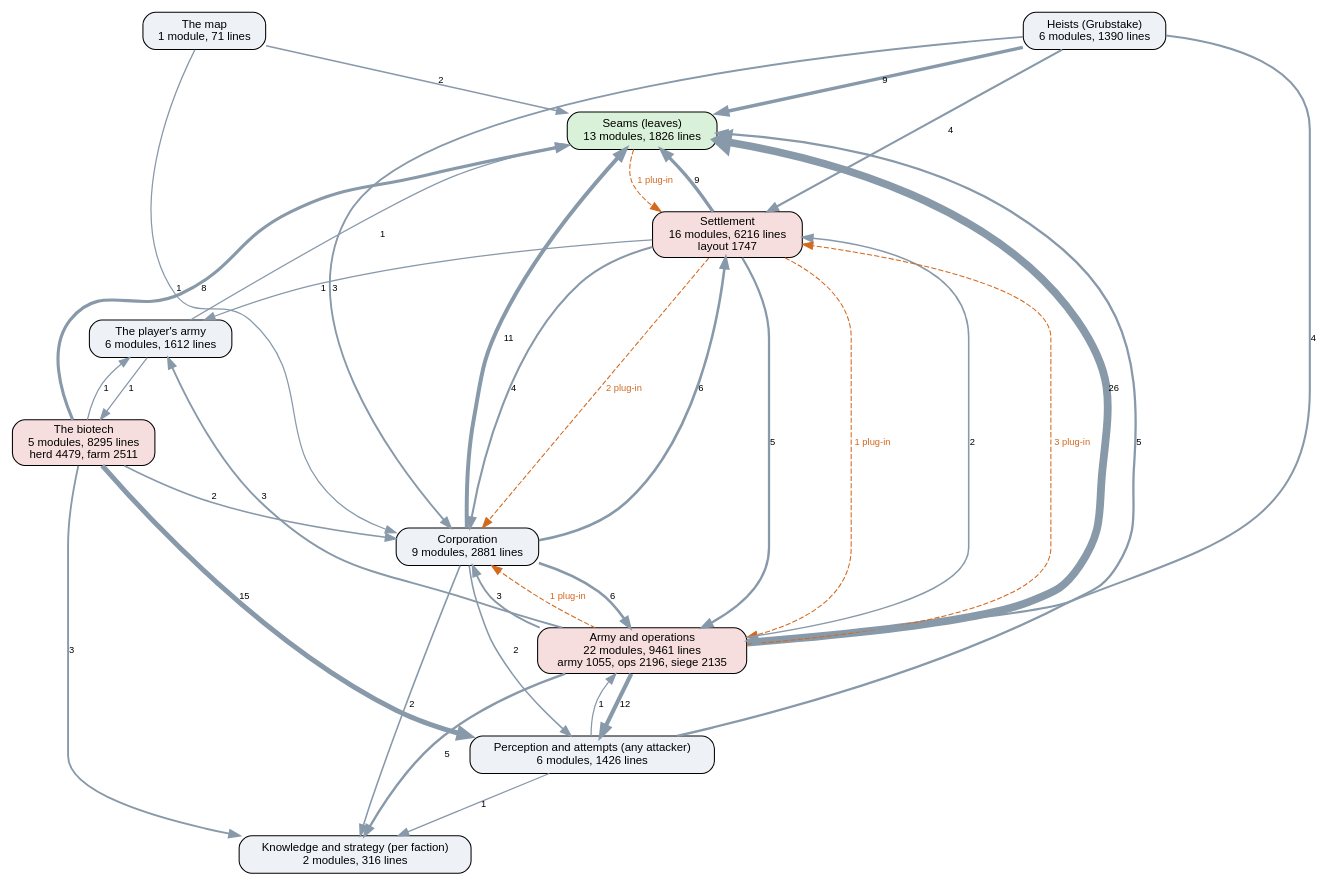
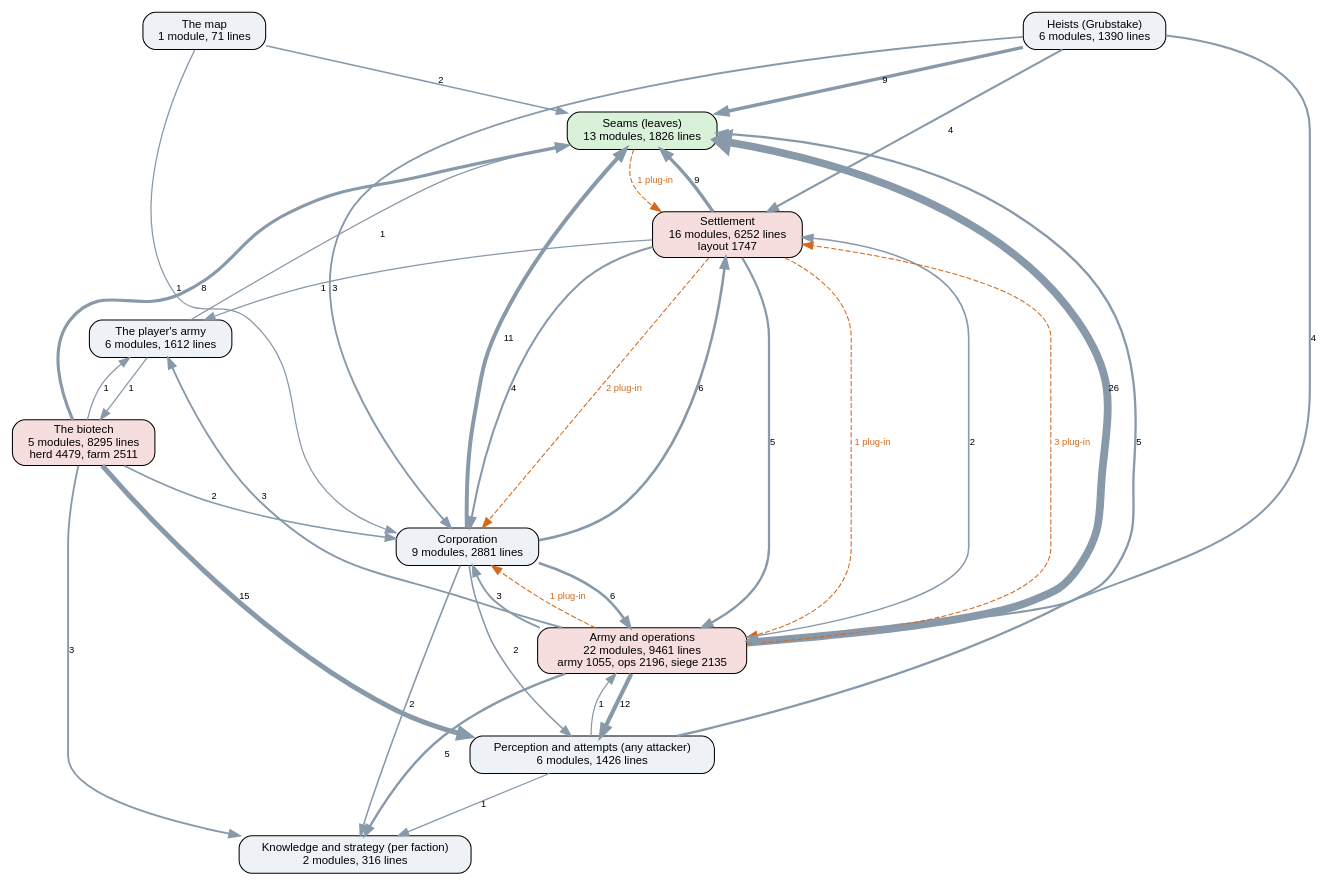
Before and after one commit to kinelhu/landing-party: the diagram in docs/ai-layers.dot, drawn with Graphviz. The commit also changed 12 other files, not shown here.

```diff
--- a/docs/ai-layers.dot
+++ b/docs/ai-layers.dot
@@ -1,51 +1,51 @@
 digraph layers {
   graph [rankdir=TB, fontname="Helvetica", nodesep=0.5, ranksep=0.7];
   node [shape=box, style="rounded,filled", fontname="Helvetica", fontsize=11, fillcolor="#eef2f7"];
   edge [color="#8899aa", fontname="Helvetica", fontsize=9];
   "Seams (leaves)" [label="Seams (leaves)\n13 modules, 1826 lines", fillcolor="#d9f0d9"];
   "Perception and attempts (any attacker)" [label="Perception and attempts (any attacker)\n6 modules, 1426 lines", fillcolor="#eef2f7"];
   "Knowledge and strategy (per faction)" [label="Knowledge and strategy (per faction)\n2 modules, 316 lines", fillcolor="#eef2f7"];
   "Corporation" [label="Corporation\n9 modules, 2881 lines", fillcolor="#eef2f7"];
-  "Settlement" [label="Settlement\n16 modules, 6216 lines\nlayout 1747", fillcolor="#f7dede"];
+  "Settlement" [label="Settlement\n16 modules, 6252 lines\nlayout 1747", fillcolor="#f7dede"];
   "Army and operations" [label="Army and operations\n22 modules, 9461 lines\narmy 1055, ops 2196, siege 2135", fillcolor="#f7dede"];
   "Heists (Grubstake)" [label="Heists (Grubstake)\n6 modules, 1390 lines", fillcolor="#eef2f7"];
   "The biotech" [label="The biotech\n5 modules, 8295 lines\nherd 4479, farm 2511", fillcolor="#f7dede"];
   "The map" [label="The map\n1 module, 71 lines", fillcolor="#eef2f7"];
   "The player's army" [label="The player's army\n6 modules, 1612 lines", fillcolor="#eef2f7"];
   "Army and operations" -> "Corporation" [label="3", penwidth=1.8];
   "Army and operations" -> "Knowledge and strategy (per faction)" [label="5", penwidth=2.2];
   "Army and operations" -> "Perception and attempts (any attacker)" [label="12", penwidth=4.0];
   "Army and operations" -> "Seams (leaves)" [label="26", penwidth=7.5];
   "Army and operations" -> "Settlement" [label="2", penwidth=1.5];
   "Army and operations" -> "The player's army" [label="3", penwidth=1.8];
   "Corporation" -> "Army and operations" [label="6", penwidth=2.5];
   "Corporation" -> "Knowledge and strategy (per faction)" [label="2", penwidth=1.5];
   "Corporation" -> "Perception and attempts (any attacker)" [label="2", penwidth=1.5];
   "Corporation" -> "Seams (leaves)" [label="11", penwidth=3.8];
   "Corporation" -> "Settlement" [label="6", penwidth=2.5];
   "Heists (Grubstake)" -> "Army and operations" [label="4", penwidth=2.0];
   "Heists (Grubstake)" -> "Corporation" [label="3", penwidth=1.8];
   "Heists (Grubstake)" -> "Seams (leaves)" [label="9", penwidth=3.2];
   "Heists (Grubstake)" -> "Settlement" [label="4", penwidth=2.0];
   "Perception and attempts (any attacker)" -> "Army and operations" [label="1", penwidth=1.2];
   "Perception and attempts (any attacker)" -> "Knowledge and strategy (per faction)" [label="1", penwidth=1.2];
   "Perception and attempts (any attacker)" -> "Seams (leaves)" [label="5", penwidth=2.2];
   "Settlement" -> "Army and operations" [label="5", penwidth=2.2];
   "Settlement" -> "Corporation" [label="4", penwidth=2.0];
   "Settlement" -> "Seams (leaves)" [label="9", penwidth=3.2];
   "Settlement" -> "The player's army" [label="1", penwidth=1.2];
   "The biotech" -> "Corporation" [label="2", penwidth=1.5];
   "The biotech" -> "Knowledge and strategy (per faction)" [label="3", penwidth=1.8];
   "The biotech" -> "Perception and attempts (any attacker)" [label="15", penwidth=4.8];
   "The biotech" -> "Seams (leaves)" [label="8", penwidth=3.0];
   "The biotech" -> "The player's army" [label="1", penwidth=1.2];
   "The map" -> "Corporation" [label="1", penwidth=1.2];
   "The map" -> "Seams (leaves)" [label="2", penwidth=1.5];
   "The player's army" -> "Seams (leaves)" [label="1", penwidth=1.2];
   "The player's army" -> "The biotech" [label="1", penwidth=1.2];
   "Army and operations" -> "Corporation" [style=dashed, color="#d2691e", fontcolor="#d2691e", label="1 plug-in"];
   "Army and operations" -> "Settlement" [style=dashed, color="#d2691e", fontcolor="#d2691e", label="3 plug-in"];
   "Seams (leaves)" -> "Settlement" [style=dashed, color="#d2691e", fontcolor="#d2691e", label="1 plug-in"];
   "Settlement" -> "Army and operations" [style=dashed, color="#d2691e", fontcolor="#d2691e", label="1 plug-in"];
   "Settlement" -> "Corporation" [style=dashed, color="#d2691e", fontcolor="#d2691e", label="2 plug-in"];
 }
```
